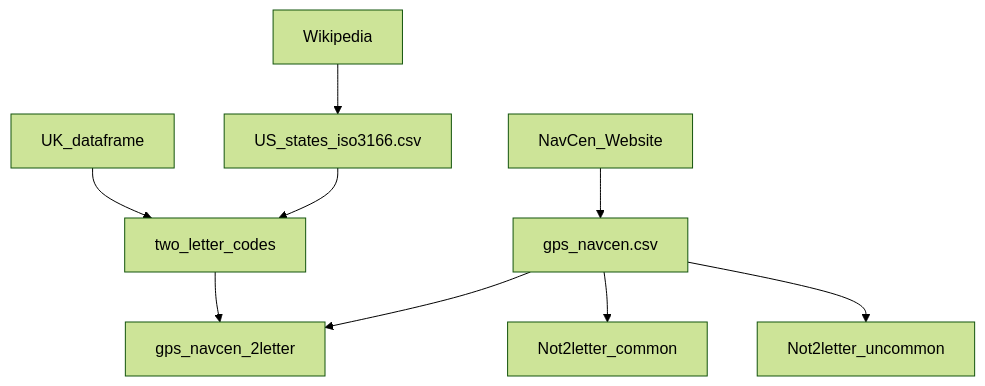
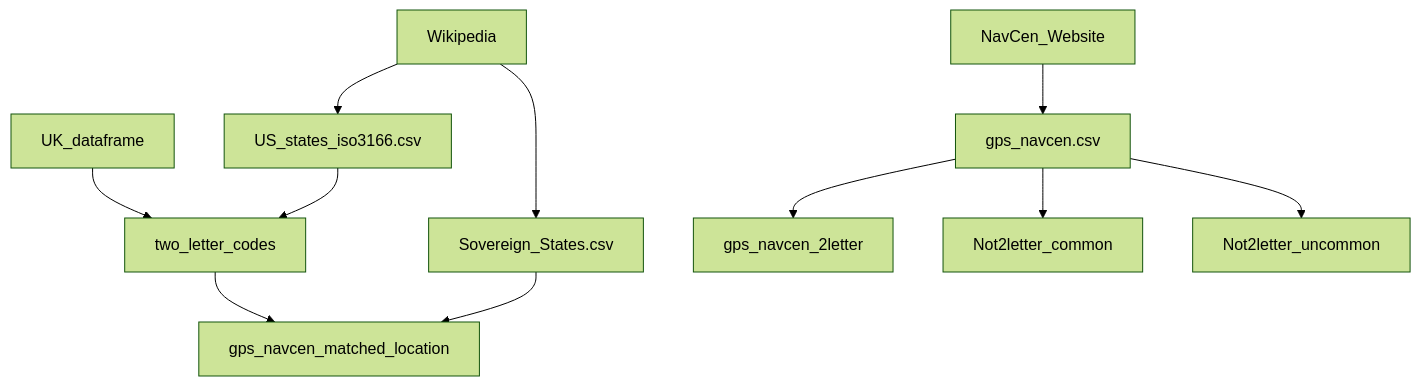
The diagram in README.md (stelios-c/GPS_analysis), drawn with Mermaid (forest theme) before and after one commit.

````diff
--- a/README.md
+++ b/README.md
@@ -13,11 +13,13 @@
 ```mermaid
 graph TD;
     NavCen_Website-->gps_navcen.csv;
     Wikipedia--> US_states_iso3166.csv;
+    Wikipedia--> Sovereign_States.csv;
     UK_dataframe--> two_letter_codes;
     US_states_iso3166.csv--> two_letter_codes;
-    two_letter_codes-->gps_navcen_2letter;
+    two_letter_codes-->gps_navcen_matched_location;
+    Sovereign_States.csv-->gps_navcen_matched_location;
     gps_navcen.csv-->gps_navcen_2letter;
     gps_navcen.csv-->Not2letter_common;
     gps_navcen.csv-->Not2letter_uncommon;
  ```
````
